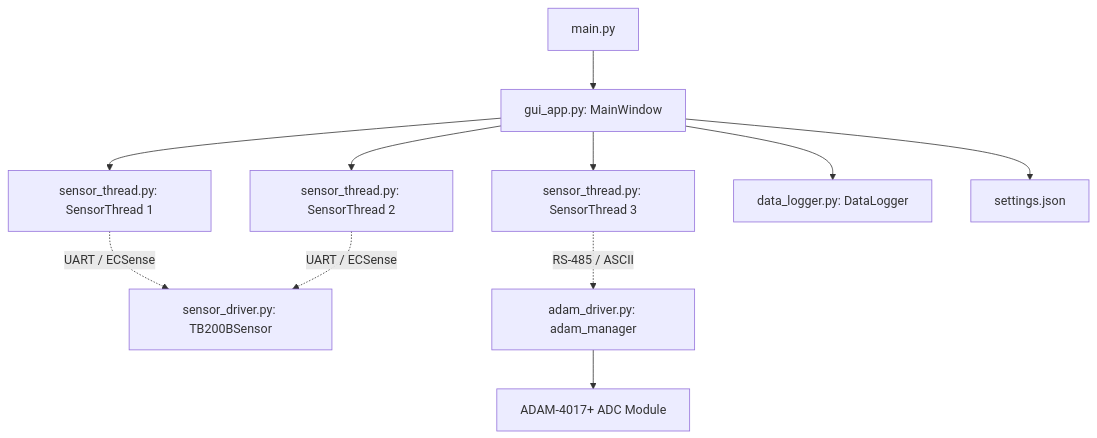
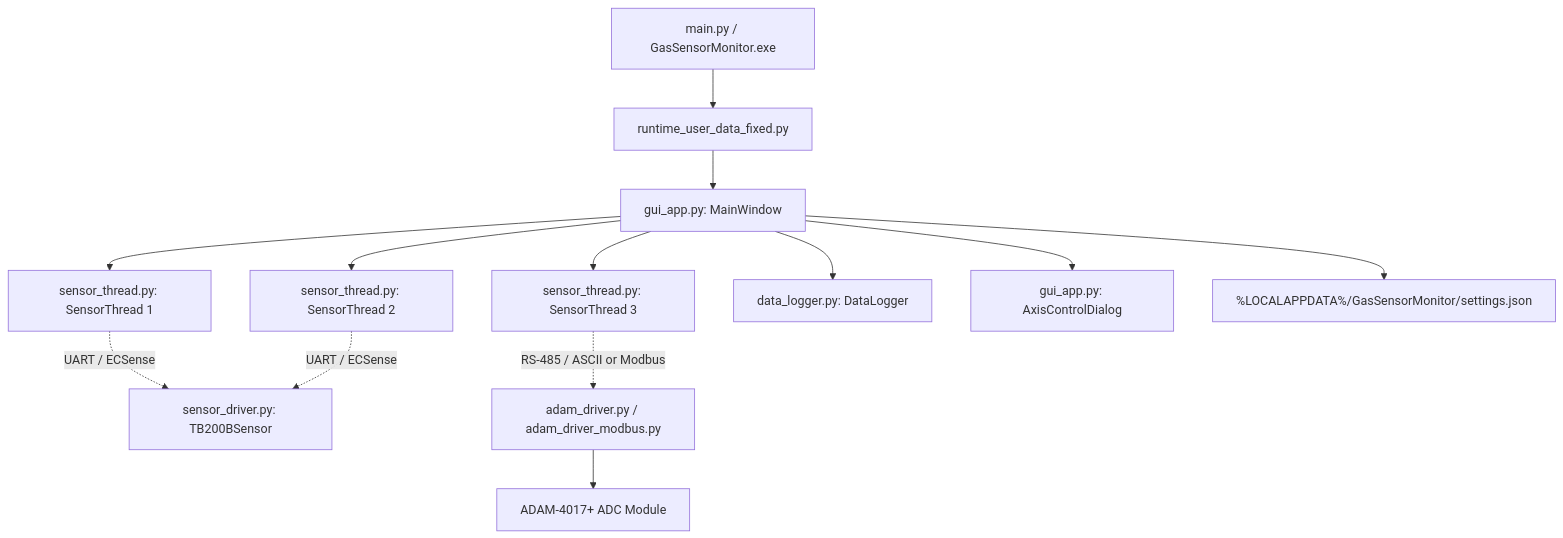
Before and after one commit to auth-transp/transp-agk-sensorsgas: the diagram in README.md, drawn with Mermaid. The commit also changed other lines of this file and 4 other files, not shown here.

````diff
--- a/README.md
+++ b/README.md
@@ -30,16 +32,18 @@
 ```mermaid
 graph TD
-    Main[main.py] --> GUI[gui_app.py: MainWindow]
+    Main[main.py / GasSensorMonitor.exe] --> Hook[runtime_user_data_fixed.py]
+    Hook --> GUI[gui_app.py: MainWindow]
     GUI --> Thread1[sensor_thread.py: SensorThread 1]
     GUI --> Thread2[sensor_thread.py: SensorThread 2]
     GUI --> Thread3[sensor_thread.py: SensorThread 3]
     GUI --> Logger[data_logger.py: DataLogger]
+    GUI --> AxisDialog[gui_app.py: AxisControlDialog]
     
     Thread1 -.-> |UART / ECSense| DigitalSensor[sensor_driver.py: TB200BSensor]
     Thread2 -.-> |UART / ECSense| DigitalSensor
     
-    Thread3 -.-> |RS-485 / ASCII| AdamManager[adam_driver.py: adam_manager]
+    Thread3 -.-> |RS-485 / ASCII or Modbus| AdamManager[adam_driver.py / adam_driver_modbus.py]
     AdamManager --> AdamADC[ADAM-4017+ ADC Module]
     
-    GUI --> Settings[settings.json]
+    GUI --> Settings[%LOCALAPPDATA%/GasSensorMonitor/settings.json]
 ```
````
